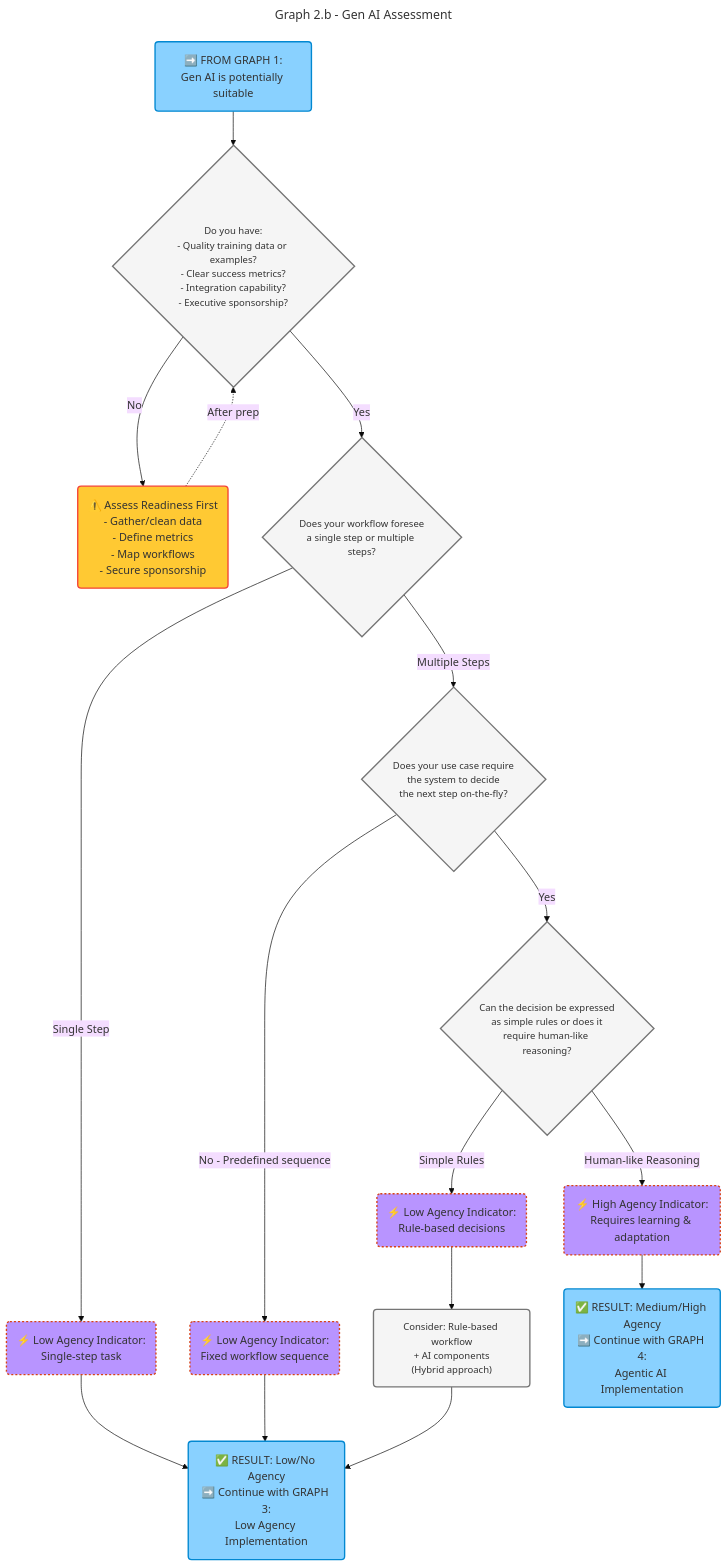
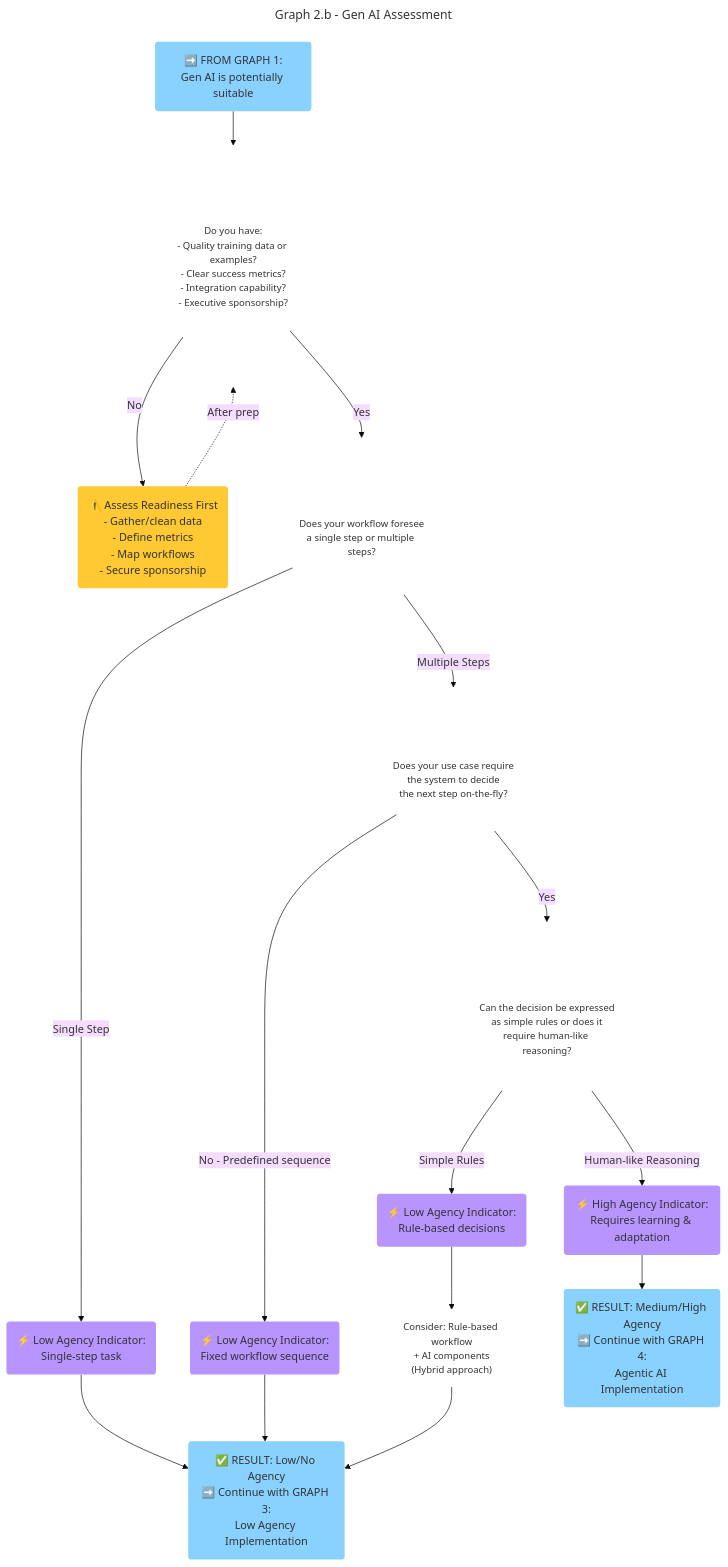
One commit to SAP/architecture-center changed the third of 5 diagrams in docs/golden-path/ai-golden-path/1-technology-overview/readme.md. Above: the diagram before and after it, drawn with Mermaid (base theme). The commit also changed other lines of this file and 9 other files, not shown here.

````diff
--- a/docs/golden-path/ai-golden-path/1-technology-overview/readme.md
+++ b/docs/golden-path/ai-golden-path/1-technology-overview/readme.md
@@ -280,54 +286,54 @@
 ```mermaid
 ---
 title: Graph 2.b - Gen AI Assessment
 ---
 flowchart TD
     StartG2("➡️ FROM GRAPH 1:<br>Gen AI is potentially suitable")
 
     %% Gen AI Readiness Assessment
     StartG2 --> DataCheck{"Do you have:<br>- Quality training data or examples?<br>- Clear success metrics?<br>- Integration capability?<br>- Executive sponsorship?"}
 
     DataCheck -->|No|Readiness("⚠️ Assess Readiness First<br>- Gather/clean data<br>- Define metrics<br>- Map workflows<br>- Secure sponsorship")
 
     Readiness -.->|After prep|DataCheck
 
     DataCheck -->|Yes|B{"Does your workflow foresee<br>a single step or multiple steps?"}
 
     %% Single vs Multi-step
     B -->|Single Step|CheckSimple("⚡ Low Agency Indicator:<br>Single-step task")
 
     B -->|Multiple Steps|C{"Does your use case require<br>the system to decide<br>the next step on-the-fly?"}
 
     C -->|No - Predefined sequence|CheckPredefined("⚡ Low Agency Indicator:<br>Fixed workflow sequence")
 
     C -->|Yes|D{"Can the decision be expressed<br>as simple rules or does it<br>require human-like reasoning?"}
 
     D -->|Simple Rules|CheckRules("⚡ Low Agency Indicator:<br>Rule-based decisions")
     CheckRules --> RulesEngine("Consider: Rule-based workflow<br>+ AI components<br>(Hybrid approach)")
 
     D -->|Human-like Reasoning|highAgencyIndicator("⚡ High Agency Indicator:<br>Requires learning & adaptation")
 
     %% Connect all low agency indicators to result
     CheckSimple --> R1
     CheckPredefined --> R1
     RulesEngine --> R1
     highAgencyIndicator --> R2
 
     R1("✅ RESULT: Low/No Agency<br>➡️ Continue with GRAPH 3:<br>Low Agency Implementation")
 
     R2("✅ RESULT: Medium/High Agency<br>➡️ Continue with GRAPH 4:<br>Agentic AI Implementation")
 
     %% Styling
-    classDef decision fill:#f5f5f5,stroke:#757575,stroke-width:2px,font-size:14
-    classDef warning fill:#FFC933,stroke:#f44336,stroke-width:2px
-    classDef indicator fill:#B894FF,stroke:#d84315,stroke-width:2px,stroke-dasharray: 3 3
-    classDef continueNext fill:#89D1FF,stroke:#0288d1,stroke-width:2px
-    classDef startNode fill:#89D1FF,stroke:#0070F2,stroke-width:2px
-    classDef recommendation fill:#97DD40,stroke:#0070F2,stroke-width:2px
+    classDef decision fill:#FFF,stroke:#757575,stroke-width:0px,font-size:14
+    classDef warning fill:#FFC933,stroke:#f44336,stroke-width:0px
+    classDef indicator fill:#B894FF,stroke:#d84315,stroke-width:0px,stroke-dasharray: 3 3
+    classDef continueNext fill:#89D1FF,stroke:#0288d1,stroke-width:0px
+    classDef startNode fill:#89D1FF,stroke:#0070F2,stroke-width:0px
+    classDef recommendation fill:#97DD40,stroke:#0070F2,stroke-width:0px
 
     class DataCheck,B,C,D,RulesEngine decision
     class Readiness warning
     class R1,R2,StartG2 continueNext
     class R3 warning
     class CheckSimple,CheckPredefined,CheckRules,highAgencyIndicator indicator
 ```
````
